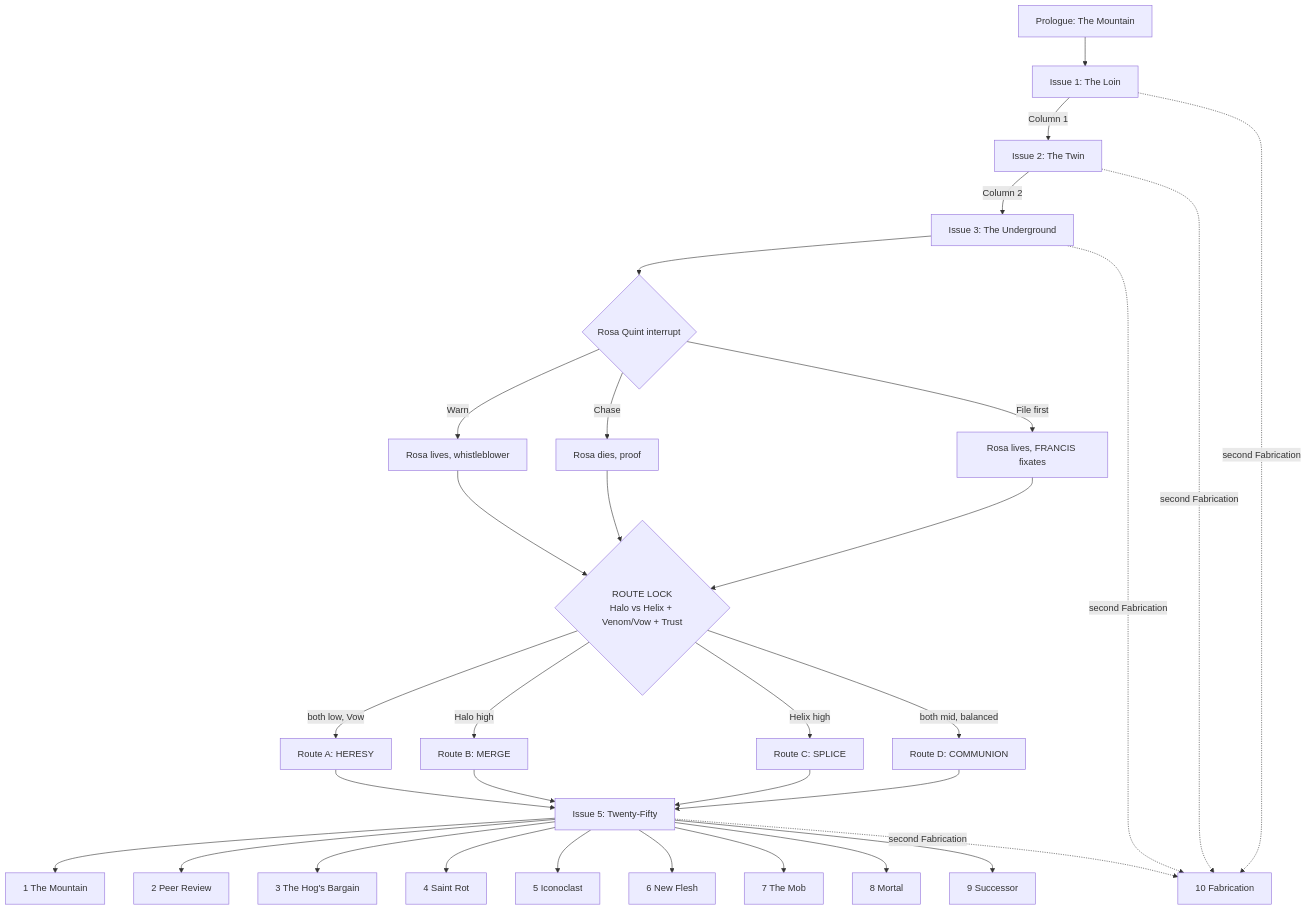
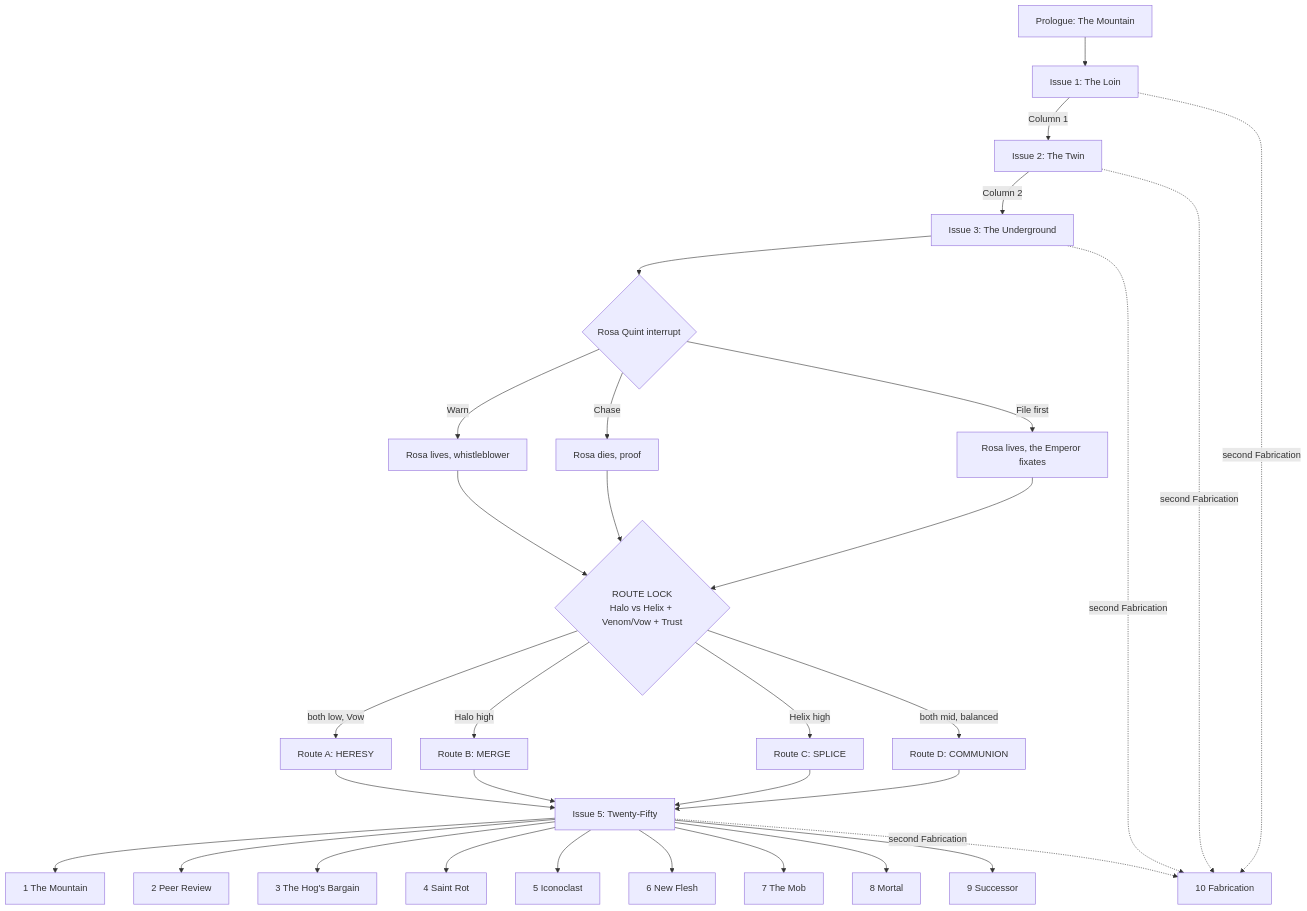
One commit to ThatMrE/aileron-games changed the diagram in docs/hellrot-design.md. Above: the diagram before and after it, drawn with Mermaid. The commit also changed other lines of this file and 3 other files, not shown here.

````diff
--- a/docs/hellrot-design.md
+++ b/docs/hellrot-design.md
@@ -908,26 +1041,26 @@
 ```mermaid
 flowchart TD
   P[Prologue: The Mountain] --> I1[Issue 1: The Loin]
   I1 -->|Column 1| I2[Issue 2: The Twin]
   I2 -->|Column 2| I3[Issue 3: The Underground]
   I3 --> R{Rosa Quint interrupt}
   R -->|Warn| I3a[Rosa lives, whistleblower]
   R -->|Chase| I3b[Rosa dies, proof]
-  R -->|File first| I3c[Rosa lives, FRANCIS fixates]
+  R -->|File first| I3c[Rosa lives, the Emperor fixates]
   I3a & I3b & I3c --> L{ROUTE LOCK<br/>Halo vs Helix + Venom/Vow + Trust}
   L -->|both low, Vow| A[Route A: HERESY]
   L -->|Halo high| B[Route B: MERGE]
   L -->|Helix high| C[Route C: SPLICE]
   L -->|both mid, balanced| D[Route D: COMMUNION]
   A & B & C & D --> M[Issue 5: Twenty-Fifty]
   M --> X1[1 The Mountain]
   M --> X2[2 Peer Review]
   M --> X3[3 The Hog's Bargain]
   M --> X4[4 Saint Rot]
   M --> X5[5 Iconoclast]
   M --> X6[6 New Flesh]
   M --> X7[7 The Mob]
   M --> X8[8 Mortal]
   M --> X9[9 Successor]
   I1 & I2 & I3 & M -.->|second Fabrication| X10[10 Fabrication]
 ```
````
